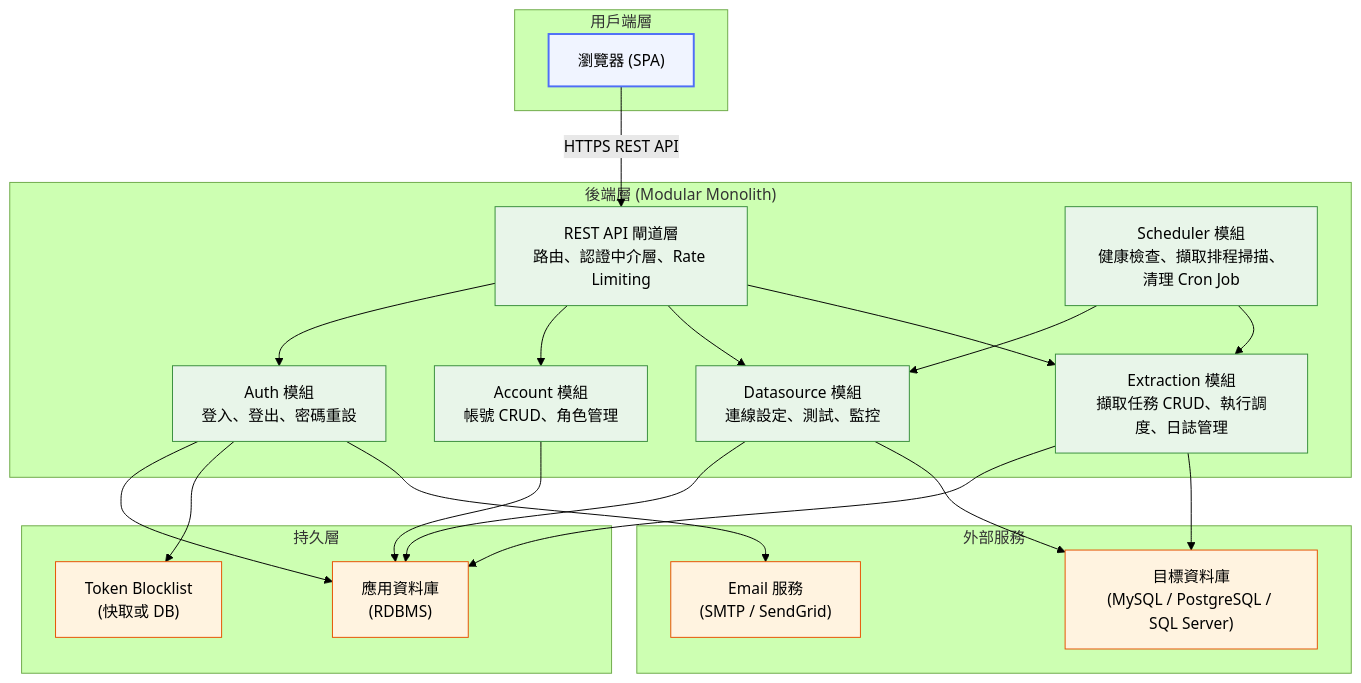
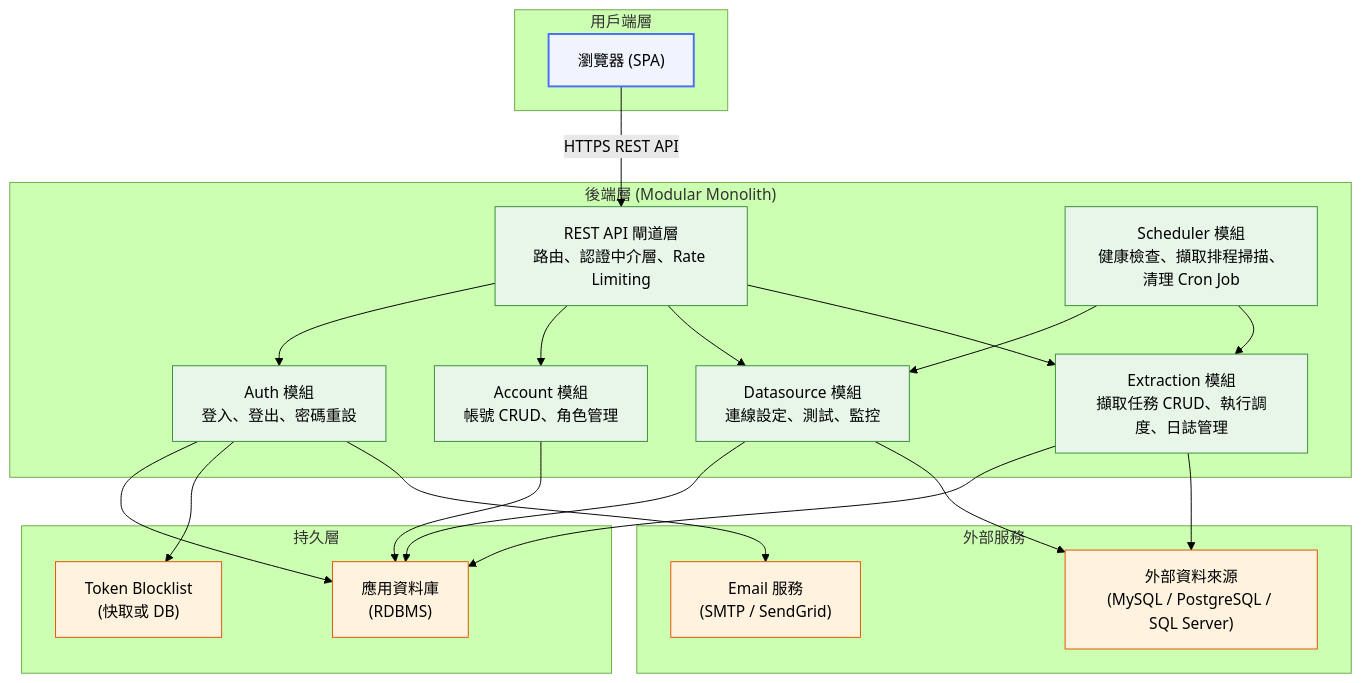
One commit to wisewhalesoft/cdmp-mvp changed the first of 12 diagrams in docs/specs/architecture-spec.md. Above: the diagram before and after it, drawn with Mermaid (forest theme). The commit also changed other lines of this file and 13 other files, not shown here.

First line of the commit message:
docs(E04): 更新 specs — raw data 落地、source_schema 拆分、F026 預覽

````diff
--- a/docs/specs/architecture-spec.md
+++ b/docs/specs/architecture-spec.md
@@ -42,48 +42,48 @@
 ```mermaid
 graph TD
     subgraph 用戶端["用戶端層"]
         Browser["瀏覽器 (SPA)"]
     end
 
     subgraph 後端["後端層 (Modular Monolith)"]
         API["REST API 閘道層<br/>路由、認證中介層、Rate Limiting"]
         AuthMod["Auth 模組<br/>登入、登出、密碼重設"]
         AccountMod["Account 模組<br/>帳號 CRUD、角色管理"]
         DatasourceMod["Datasource 模組<br/>連線設定、測試、監控"]
         ExtractionMod["Extraction 模組<br/>擷取任務 CRUD、執行調度、日誌管理"]
         Scheduler["Scheduler 模組<br/>健康檢查、擷取排程掃描、清理 Cron Job"]
     end
 
     subgraph 持久層["持久層"]
         AppDB["應用資料庫<br/>(RDBMS)"]
         TokenStore["Token Blocklist<br/>(快取或 DB)"]
     end
 
     subgraph 外部["外部服務"]
         Email["Email 服務<br/>(SMTP / SendGrid)"]
-        TargetDB["目標資料庫<br/>(MySQL / PostgreSQL / SQL Server)"]
+        TargetDB["外部資料來源<br/>(MySQL / PostgreSQL / SQL Server)"]
     end
 
     Browser -->|"HTTPS REST API"| API
     API --> AuthMod
     API --> AccountMod
     API --> DatasourceMod
     API --> ExtractionMod
     Scheduler --> DatasourceMod
     Scheduler --> ExtractionMod
     AuthMod --> AppDB
     AuthMod --> TokenStore
     AuthMod --> Email
     AccountMod --> AppDB
     DatasourceMod --> AppDB
     DatasourceMod --> TargetDB
     ExtractionMod --> AppDB
     ExtractionMod --> TargetDB
 
     classDef layer fill:#f0f4ff,stroke:#4f6ef7,stroke-width:2px
     classDef module fill:#e8f5e9,stroke:#388e3c,stroke-width:1px
     classDef external fill:#fff3e0,stroke:#e65100,stroke-width:1px
     class Browser layer
     class API,AuthMod,AccountMod,DatasourceMod,ExtractionMod,Scheduler module
     class Email,TargetDB,AppDB,TokenStore external
 ```
````
